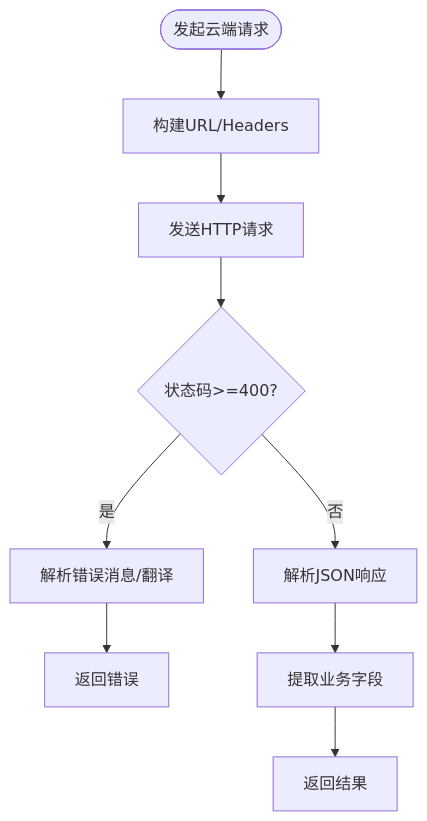
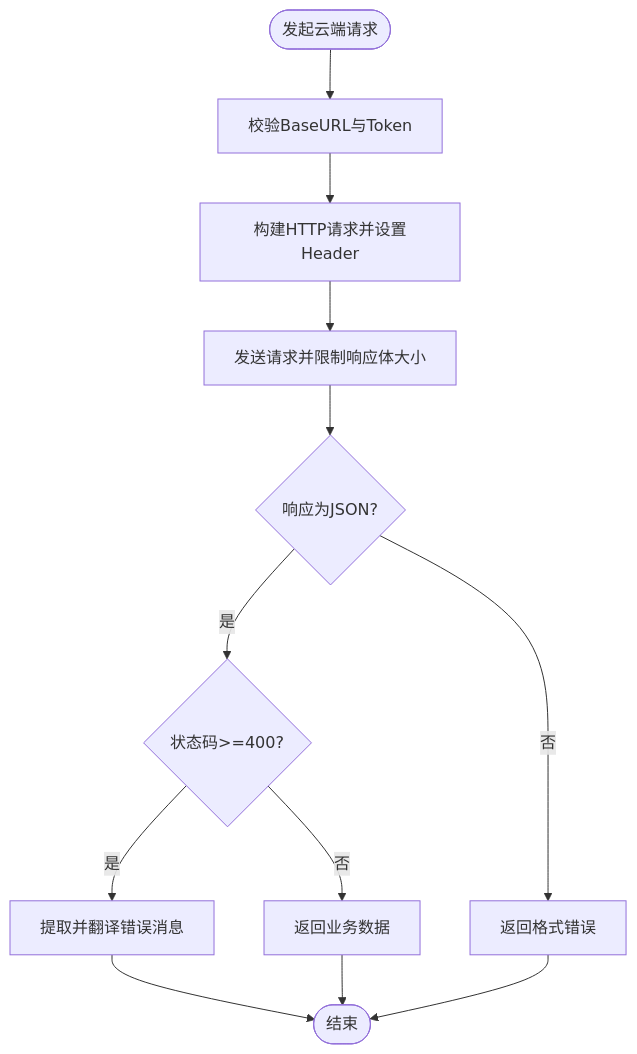
One commit to alvinwangzi/goodhr changed the third of 6 diagrams in .qoder/repowiki/zh/content/系统架构/本地Agent架构/系统集成.md. Above: the diagram before and after it, drawn with Mermaid. The commit also changed other lines of this file and 149 other files, not shown here.

````diff
--- a/.qoder/repowiki/zh/content/系统架构/本地Agent架构/系统集成.md
+++ b/.qoder/repowiki/zh/content/系统架构/本地Agent架构/系统集成.md
@@ -125,11 +136,14 @@
 ```mermaid
 flowchart TD
-Start(["发起云端请求"]) --> Build["构建URL/Headers"]
-Build --> Send["发送HTTP请求"]
-Send --> Resp{"状态码>=400?"}
-Resp -- 是 --> ParseErr["解析错误消息/翻译"]
-ParseErr --> ReturnErr["返回错误"]
-Resp -- 否 --> ParseJSON["解析JSON响应"]
-ParseJSON --> Extract["提取业务字段"]
-Extract --> ReturnOK["返回结果"]
+Start(["发起云端请求"]) --> Validate["校验BaseURL与Token"]
+Validate --> BuildReq["构建HTTP请求并设置Header"]
+BuildReq --> Send["发送请求并限制响应体大小"]
+Send --> Parse{"响应为JSON?"}
+Parse -- 否 --> ErrResp["返回格式错误"]
+Parse -- 是 --> Status{"状态码>=400?"}
+Status -- 是 --> MapErr["提取并翻译错误消息"]
+Status -- 否 --> Return["返回业务数据"]
+MapErr --> End(["结束"])
+Return --> End
+ErrResp --> End
 ```
````
